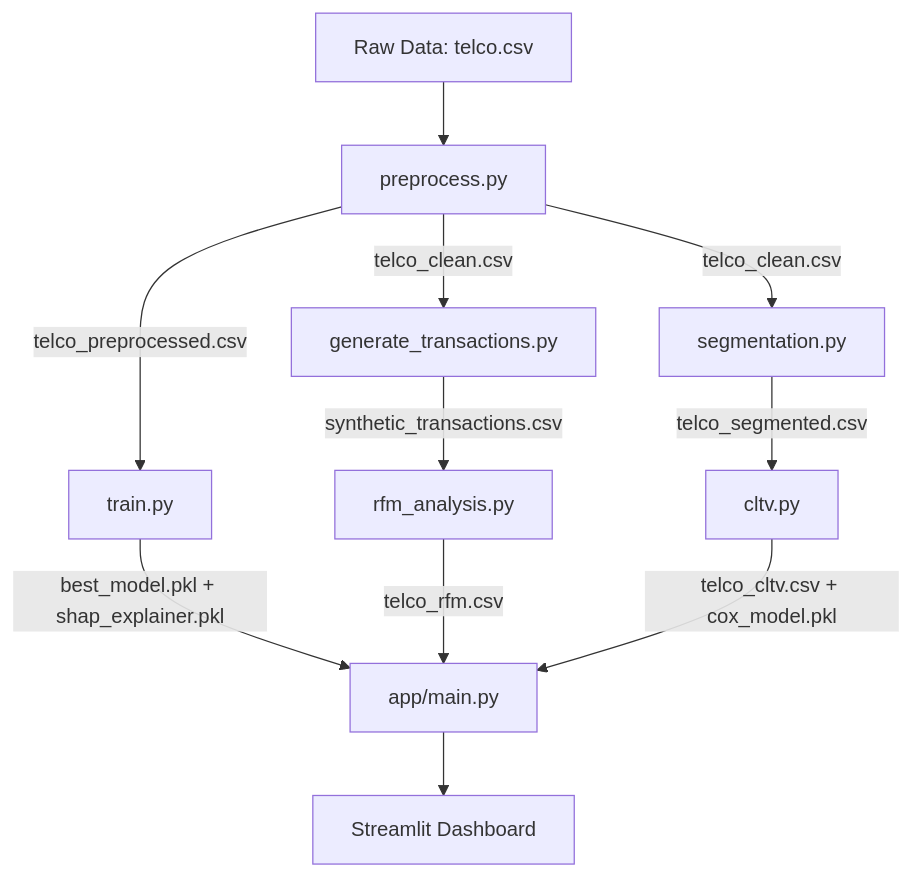
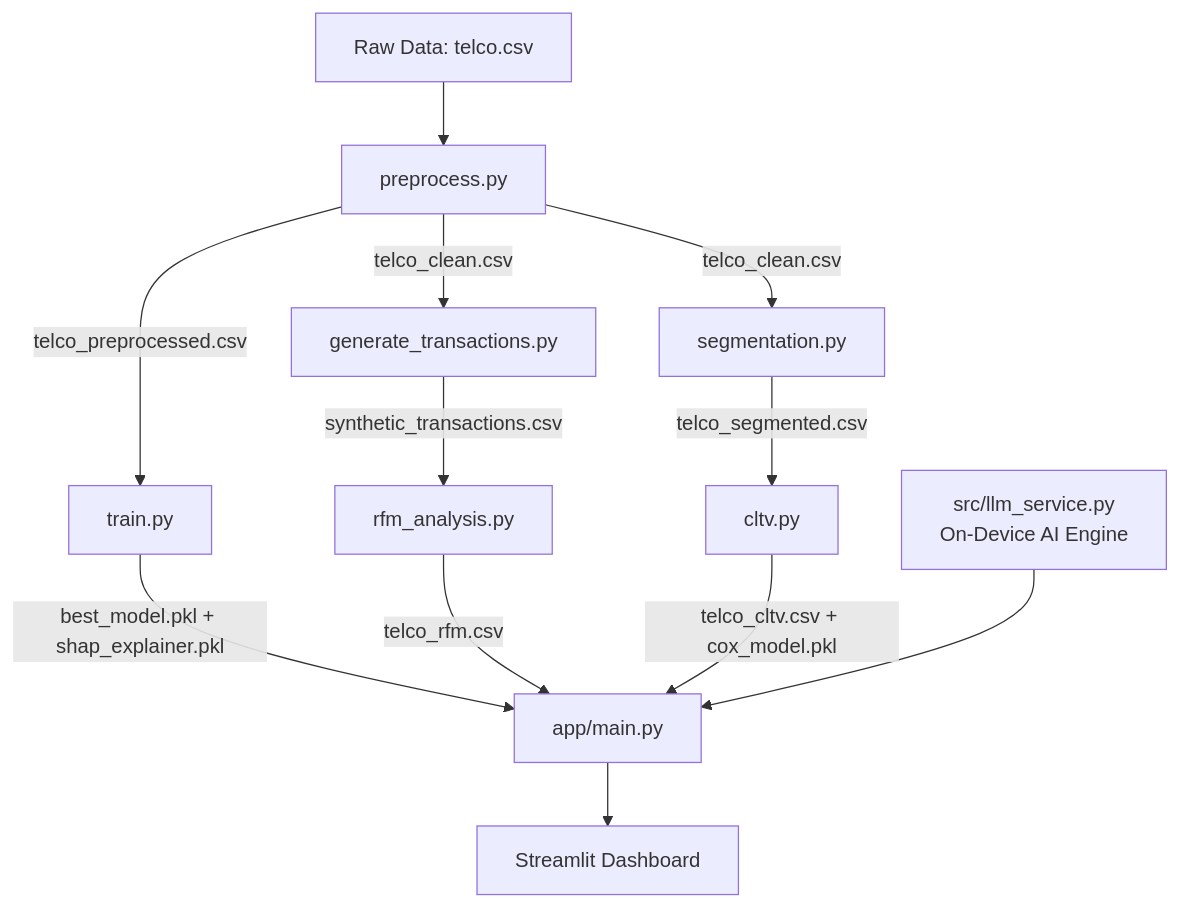
The diagram in README.md (Anu2030/ChurnGuard_AI), drawn with Mermaid before and after one commit. The commit also changed other lines of this file and 2 other files, not shown here.

````diff
--- a/README.md
+++ b/README.md
@@ -28,13 +58,14 @@
 ```mermaid
 flowchart TD
     A[Raw Data: telco.csv] --> B[preprocess.py]
     B -->|telco_clean.csv| D[segmentation.py]
     B -->|telco_preprocessed.csv| C[train.py]
     C -->|best_model.pkl + shap_explainer.pkl| G[app/main.py]
     D -->|telco_segmented.csv| E[cltv.py]
     B -->|telco_clean.csv| F[generate_transactions.py]
     F -->|synthetic_transactions.csv| H[rfm_analysis.py]
     H -->|telco_rfm.csv| G
     E -->|telco_cltv.csv + cox_model.pkl| G
+    L[src/llm_service.py\nOn-Device AI Engine] --> G
     G --> I[Streamlit Dashboard]
 ```
````
